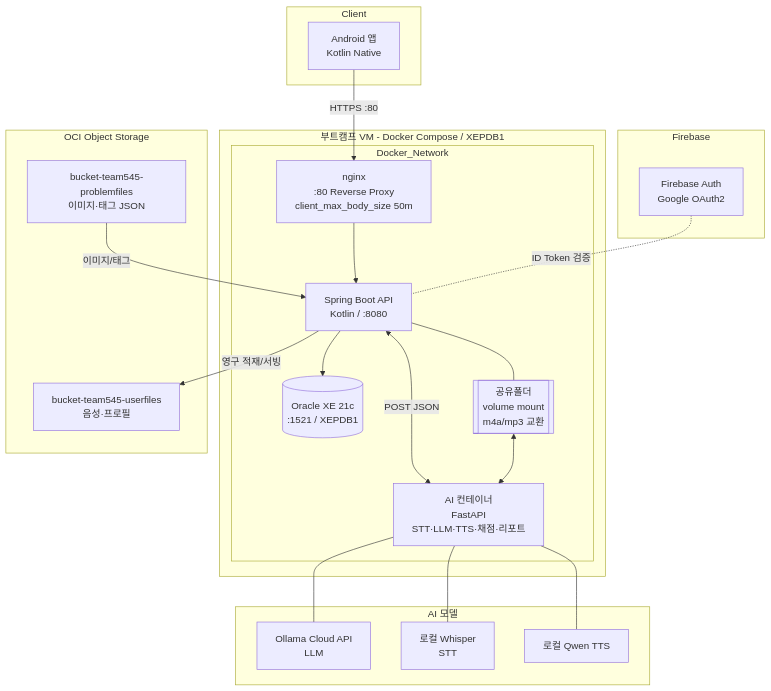
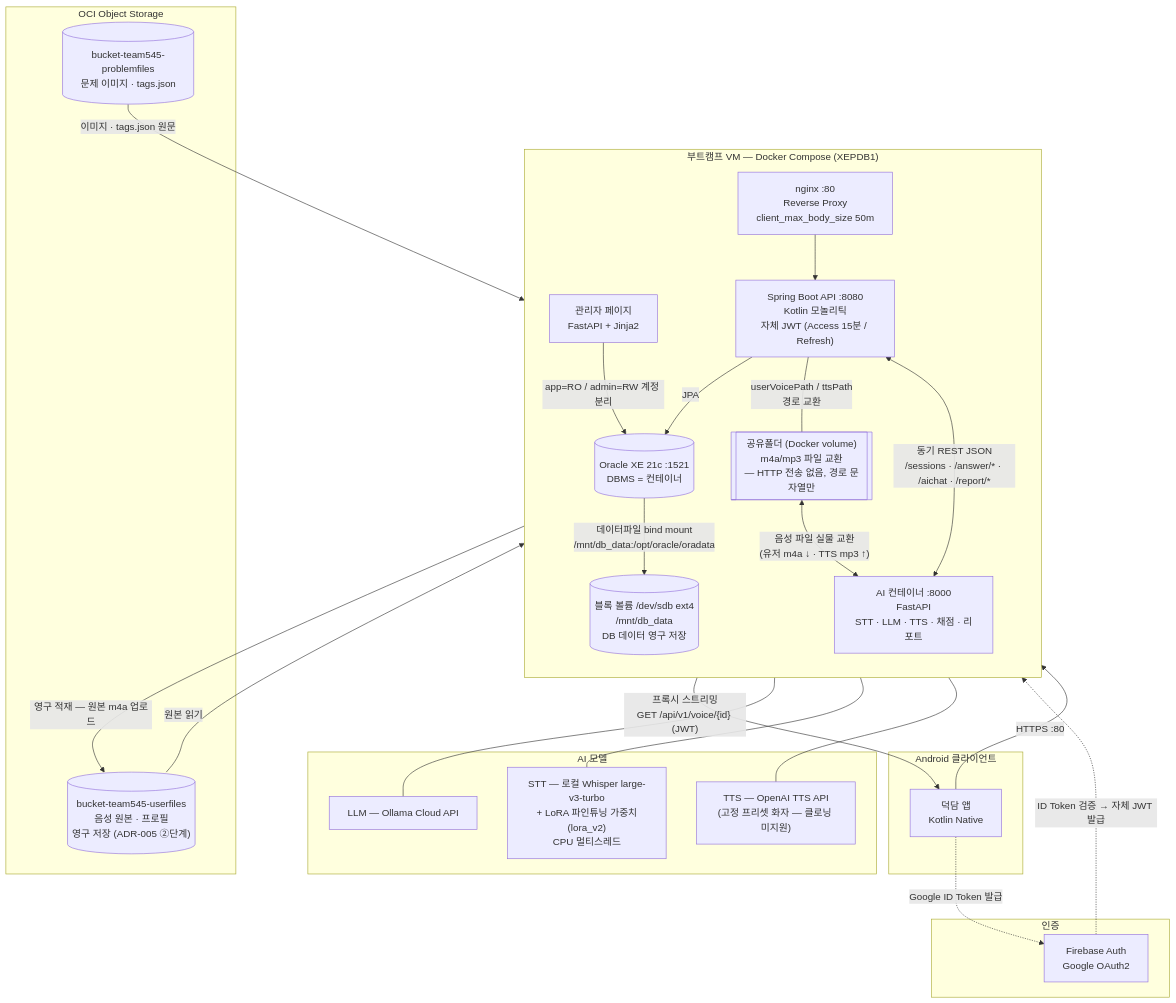
Before and after one commit to 2026SeSAC-Oracle-Team2/Documentations: the diagram in 02_Architecture.md, drawn with Mermaid. The commit also changed other lines of this file, not shown here.

Commit message:
docs: 02 v2.1 — AI model stack corrected (Whisper large-v3-turbo+LoRA STT, OpenAI TTS API) + §3 diagram overhaul (block volume bind mount)

````diff
--- a/02_Architecture.md
+++ b/02_Architecture.md
@@ -33,41 +33,53 @@
 ```mermaid
 graph TB
-    subgraph Client
-        A[Android 앱<br/>Kotlin Native]
+    subgraph Client["Android 클라이언트"]
+        A["덕담 앱<br/>Kotlin Native"]
     end
 
-    subgraph Firebase
-        F[Firebase Auth<br/>Google OAuth2]
+    subgraph Firebase["인증"]
+        F["Firebase Auth<br/>Google OAuth2"]
     end
 
-    subgraph OCI_VM[부트캠프 VM - Docker Compose / XEPDB1]
-        subgraph Docker_Network
-            N[nginx<br/>:80 Reverse Proxy<br/>client_max_body_size 50m]
-            S[Spring Boot API<br/>Kotlin / :8080]
-            D[(Oracle XE 21c<br/>:1521 / XEPDB1)]
-            AI[AI 컨테이너<br/>FastAPI<br/>STT·LLM·TTS·채점·리포트]
-            SH[[공유폴더<br/>volume mount<br/>m4a/mp3 교환]]
-        end
+    subgraph OCI_VM["부트캠프 VM — Docker Compose (XEPDB1)"]
+        direction TB
+        N["nginx :80<br/>Reverse Proxy<br/>client_max_body_size 50m"]
+        S["Spring Boot API :8080<br/>Kotlin 모놀리틱<br/>자체 JWT (Access 15분 / Refresh)"]
+        D[("Oracle XE 21c :1521<br/>DBMS = 컨테이너")]
+        BV[("블록 볼륨 /dev/sdb ext4<br/>/mnt/db_data<br/>DB 데이터 영구 저장")]
+        AI["AI 컨테이너 :8000<br/>FastAPI<br/>STT · LLM · TTS · 채점 · 리포트"]
+        SH[["공유폴더 (Docker volume)<br/>m4a/mp3 파일 교환<br/>— HTTP 전송 없음, 경로 문자열만"]]
+        ADM["관리자 페이지<br/>FastAPI + Jinja2"]
     end
 
-    subgraph OCI_Object[OCI Object Storage]
-        O1[bucket-team545-userfiles<br/>음성·프로필]
-        O2[bucket-team545-problemfiles<br/>이미지·태그 JSON]
+    subgraph OCI_Object["OCI Object Storage"]
+        O1[("bucket-team545-userfiles<br/>음성 원본 · 프로필<br/>영구 저장 (ADR-005 ②단계)")]
+        O2[("bucket-team545-problemfiles<br/>문제 이미지 · tags.json")]
     end
 
-    subgraph Models[AI 모델]
-        M1[Ollama Cloud API<br/>LLM]
-        M2[로컬 Whisper<br/>STT]
-        M3[로컬 Qwen TTS]
+    subgraph Models["AI 모델"]
+        M1["LLM — Ollama Cloud API"]
+        M2["STT — 로컬 Whisper large-v3-turbo<br/>+ LoRA 파인튜닝 가중치(lora_v2)<br/>CPU 멀티스레드"]
+        M3["TTS — OpenAI TTS API<br/>(고정 프리셋 화자 — 클로닝 미지원)"]
     end
 
-    A -->|HTTPS :80| N
+    A -->|"HTTPS :80"| N
     N --> S
-    S --> D
-    S <-->|POST JSON| AI
-    S --- SH <--> AI
-    S -->|영구 적재/서빙| O1
-    O2 -->|이미지/태그| S
-    AI --- M1 & M2 & M3
-    F -.ID Token 검증.- S
+    A -.->|"Google ID Token 발급"| F
+    F -.->|"ID Token 검증 → 자체 JWT 발급"| S
+    S -->|"JPA"| D
+    D -->|"데이터파일 bind mount<br/>/mnt/db_data:/opt/oracle/oradata"| BV
+    ADM -->|"app=RO / admin=RW 계정 분리"| D
+
+    S <-->|"동기 REST JSON<br/>/sessions · /answer/* · /aichat · /report/*"| AI
+    S ---|"userVoicePath / ttsPath<br/>경로 교환"| SH
+    SH <-->|"음성 파일 실물 교환<br/>(유저 m4a ↓ · TTS mp3 ↑)"| AI
+
+    S -->|"영구 적재 — 원본 m4a 업로드"| O1
+    O1 -->|"원본 읽기"| S
+    S -->|"프록시 스트리밍<br/>GET /api/v1/voice/{id} (JWT)"| A
+    O2 -->|"이미지 · tags.json 원문"| S
+
+    AI --- M1
+    AI --- M2
+    AI --- M3
 ```
````
